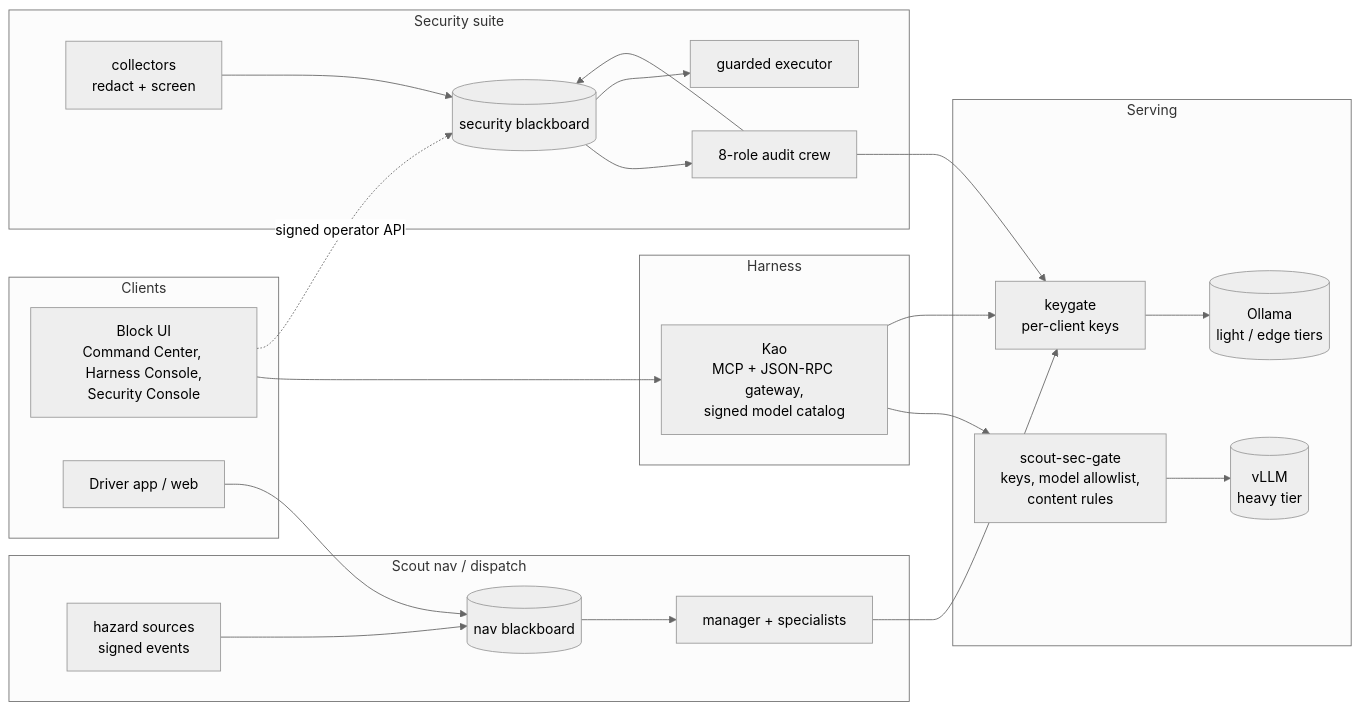
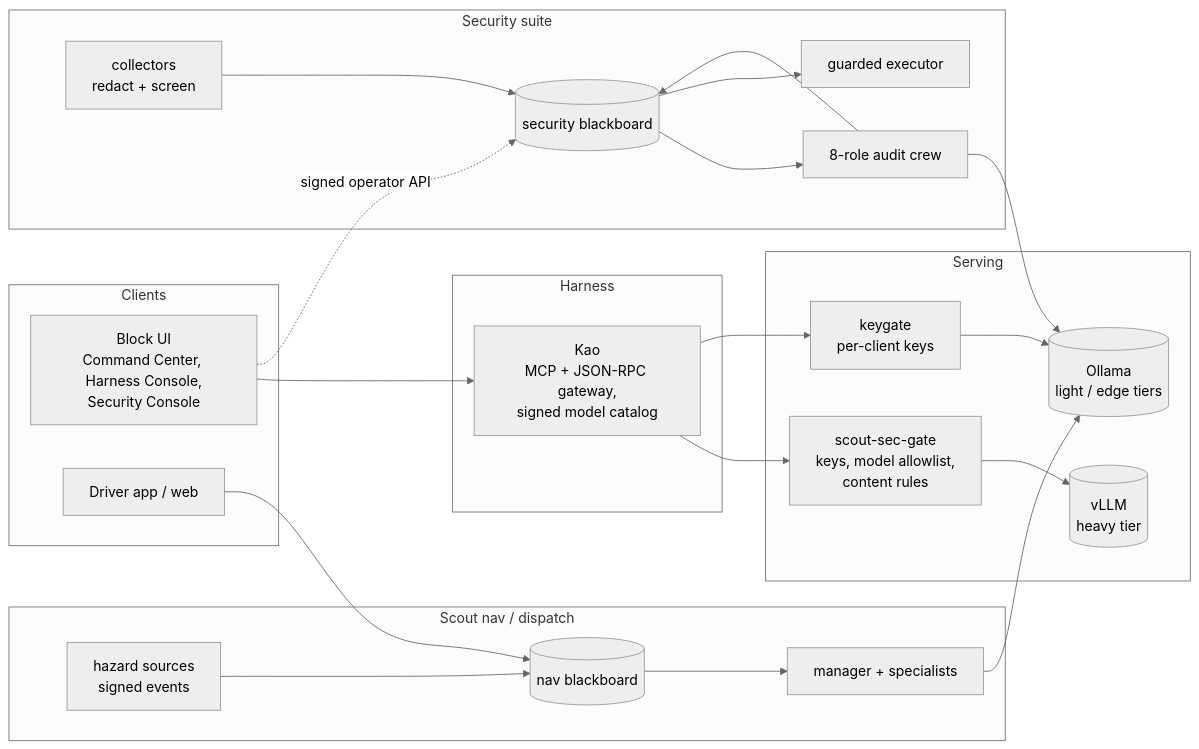
Before and after one commit to Imagoro-Gibibyte/imagoro-scout: the diagram in README.md, drawn with Mermaid (neutral theme). The commit also changed other lines of this file and 11 other files, not shown here.

````diff
--- a/README.md
+++ b/README.md
@@ -7,34 +7,34 @@
 ```mermaid
 flowchart LR
   subgraph clients[Clients]
     UI[Block UI<br/>Command Center, Harness Console,<br/>Security Console]
     DRV[Driver app / web]
   end
   subgraph harness[Harness]
     KAO[Kao<br/>MCP + JSON-RPC gateway,<br/>signed model catalog]
   end
   subgraph serving[Serving]
     GATE[scout-sec-gate<br/>keys, model allowlist,<br/>content rules]
     KG[keygate<br/>per-client keys]
     VLLM[(vLLM<br/>heavy tier)]
     OLL[(Ollama<br/>light / edge tiers)]
   end
   subgraph nav[Scout nav / dispatch]
     SRC[hazard sources<br/>signed events]
     BB[(nav blackboard)]
     CREW[manager + specialists]
   end
   subgraph sec[Security suite]
     COL[collectors<br/>redact + screen]
     SBB[(security blackboard)]
     SCREW[8-role audit crew]
     EXE[guarded executor]
   end
   UI --> KAO --> GATE --> VLLM
   KAO --> KG --> OLL
   DRV --> BB
-  SRC --> BB --> CREW --> KG
-  COL --> SBB --> SCREW --> KG
+  SRC --> BB --> CREW --> OLL
+  COL --> SBB --> SCREW --> OLL
   SCREW --> SBB --> EXE
   UI -. signed operator API .-> SBB
 ```
````
